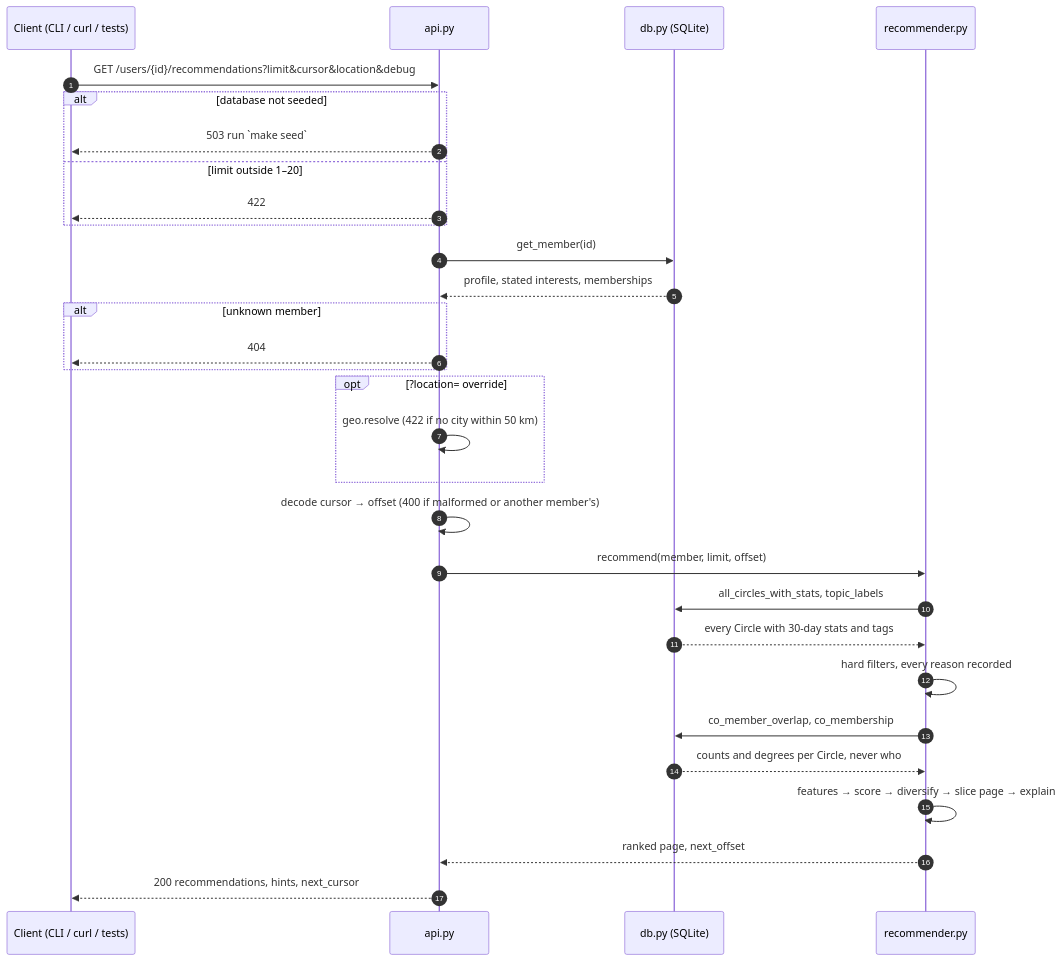
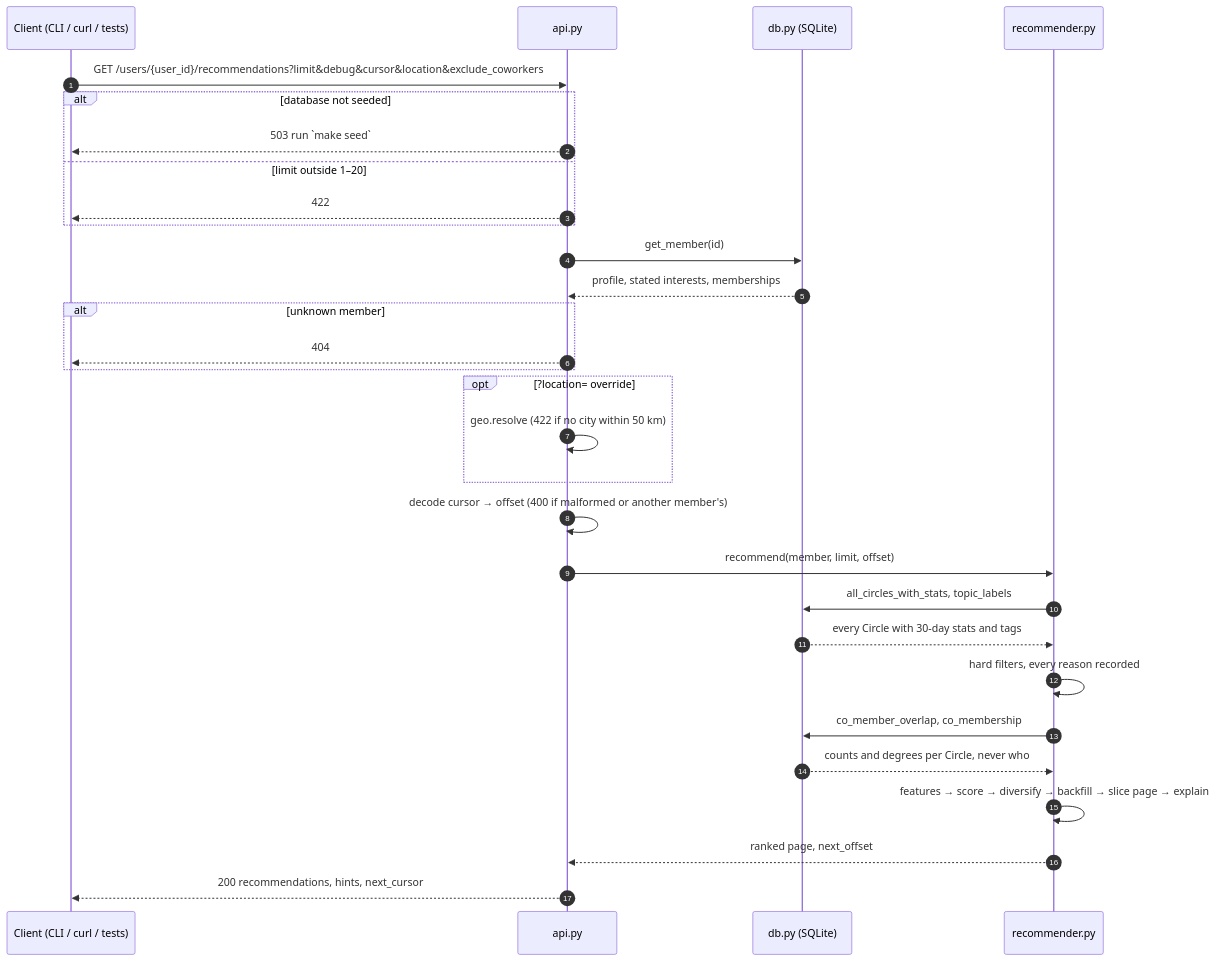
The second of 2 diagrams in docs/system-design.md (annetta-zheng/circle-recommendations), drawn with Mermaid before and after one commit. The commit also changed other lines of this file and 4 other files, not shown here.

````diff
--- a/docs/system-design.md
+++ b/docs/system-design.md
@@ -288,32 +288,32 @@
 ```mermaid
 sequenceDiagram
     autonumber
     participant C as Client (CLI / curl / tests)
     participant A as api.py
     participant D as db.py (SQLite)
     participant R as recommender.py
-    C->>A: GET /users/{id}/recommendations?limit&cursor&location&debug
+    C->>A: GET /users/{user_id}/recommendations?limit&debug&cursor&location&exclude_coworkers
     alt database not seeded
         A-->>C: 503 run `make seed`
     else limit outside 1–20
         A-->>C: 422
     end
     A->>D: get_member(id)
     D-->>A: profile, stated interests, memberships
     alt unknown member
         A-->>C: 404
     end
     opt ?location= override
         A->>A: geo.resolve (422 if no city within 50 km)
     end
     A->>A: decode cursor → offset (400 if malformed or another member's)
     A->>R: recommend(member, limit, offset)
     R->>D: all_circles_with_stats, topic_labels
     D-->>R: every Circle with 30-day stats and tags
     R->>R: hard filters, every reason recorded
     R->>D: co_member_overlap, co_membership
     D-->>R: counts and degrees per Circle, never who
-    R->>R: features → score → diversify → slice page → explain
+    R->>R: features → score → diversify → backfill → slice page → explain
     R-->>A: ranked page, next_offset
     A-->>C: 200 recommendations, hints, next_cursor
 ```
````
